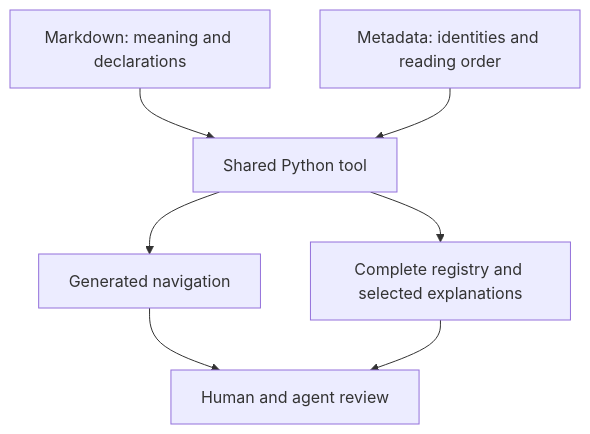
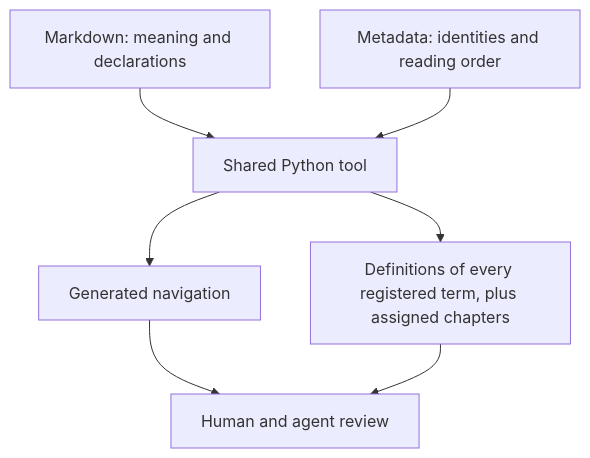
Before and after one commit to symbiotic-build/house-rules: the diagram in docs/specs/spec-system/specification-and-design-document-system.md, drawn with Mermaid. The commit also changed other lines of this file and 25 other files, not shown here.

````diff
--- a/docs/specs/spec-system/specification-and-design-document-system.md
+++ b/docs/specs/spec-system/specification-and-design-document-system.md
@@ -8,9 +8,9 @@
 ```mermaid
 flowchart TD
     A["Markdown: meaning and declarations"] --> C["Shared Python tool"]
     B["Metadata: identities and reading order"] --> C
     C --> D["Generated navigation"]
-    C --> E["Complete registry and selected explanations"]
+    C --> E["Definitions of every registered term, plus assigned chapters"]
     D --> F["Human and agent review"]
     E --> F
 ```
````
